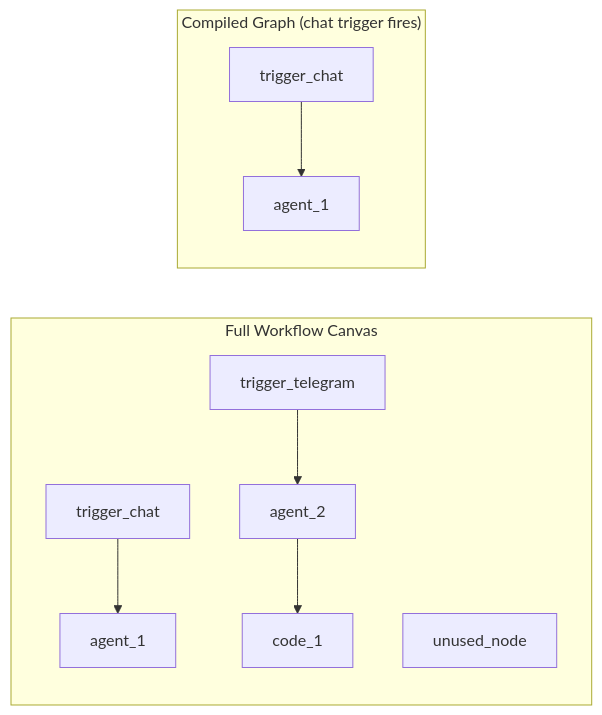
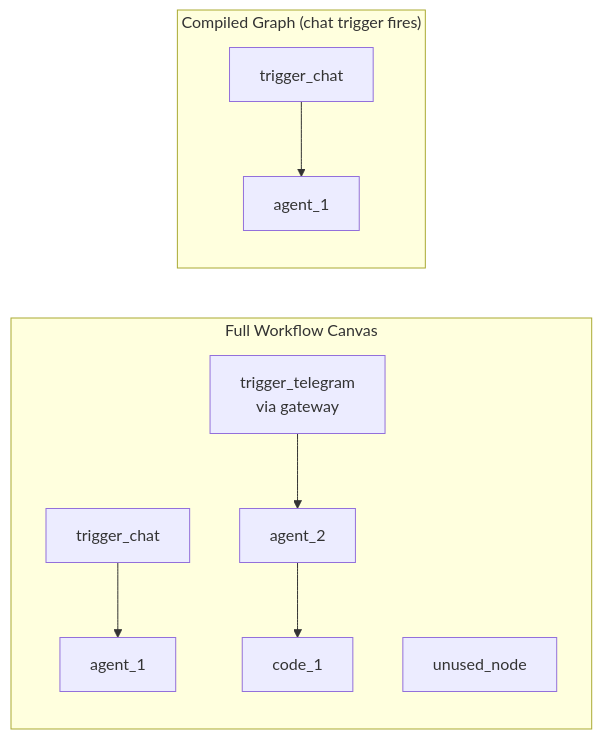
Before and after one commit to theuselessai/Pipelit: the second of 3 diagrams in docs-site/docs/architecture/execution-engine.md, drawn with Mermaid. The commit also changed other lines of this file and 58 other files, not shown here.

````diff
--- a/docs-site/docs/architecture/execution-engine.md
+++ b/docs-site/docs/architecture/execution-engine.md
@@ -55,13 +55,13 @@
 ```mermaid
 graph LR
     subgraph "Full Workflow Canvas"
         TC[trigger_chat] --> A1[agent_1]
-        TT[trigger_telegram] --> A2[agent_2]
+        TT[trigger_telegram<br/>via gateway] --> A2[agent_2]
         A2 --> Code[code_1]
         Unused[unused_node]
     end
 
     subgraph "Compiled Graph (chat trigger fires)"
         TC2[trigger_chat] --> A1b[agent_1]
     end
 ```
````
